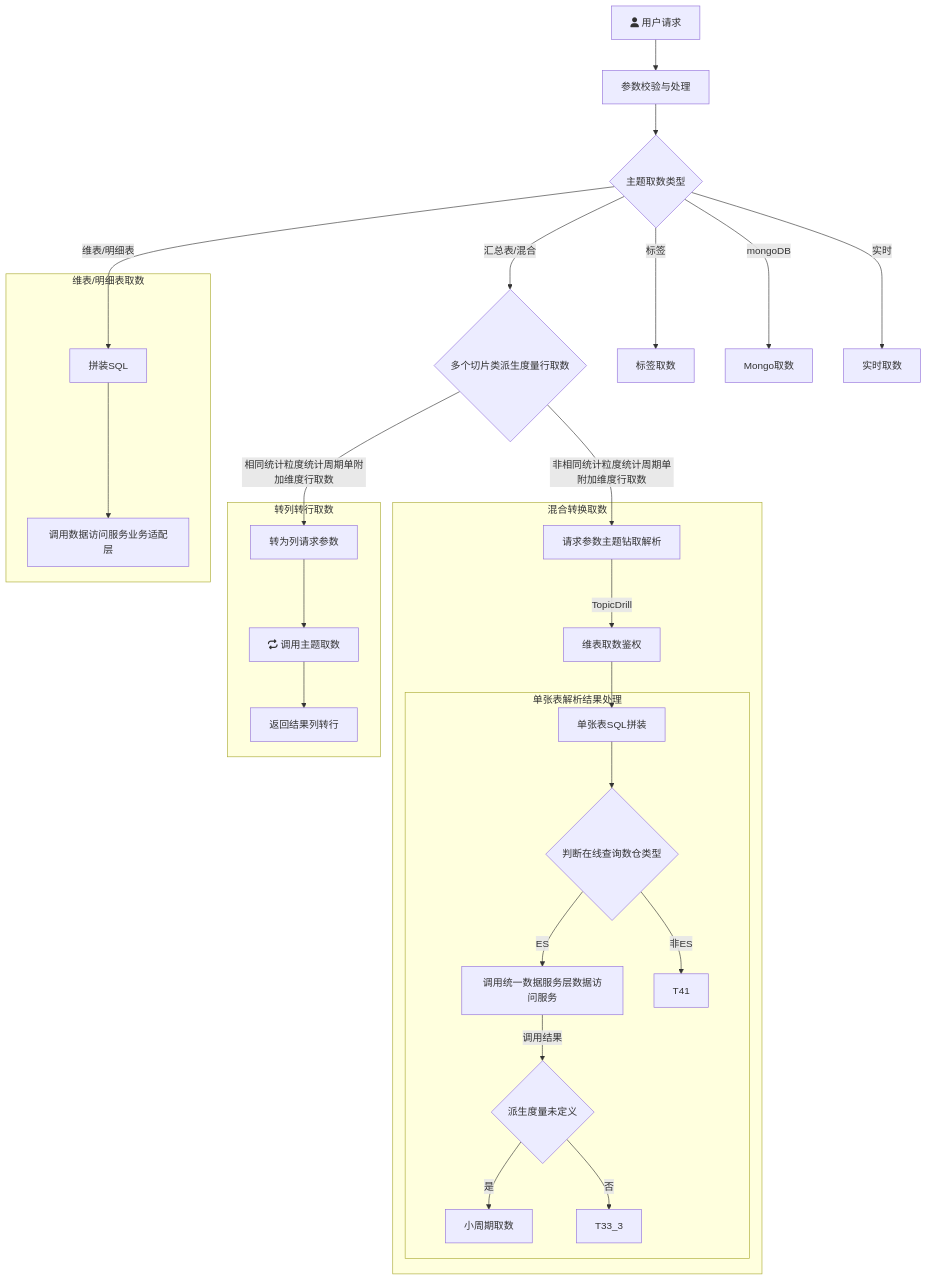
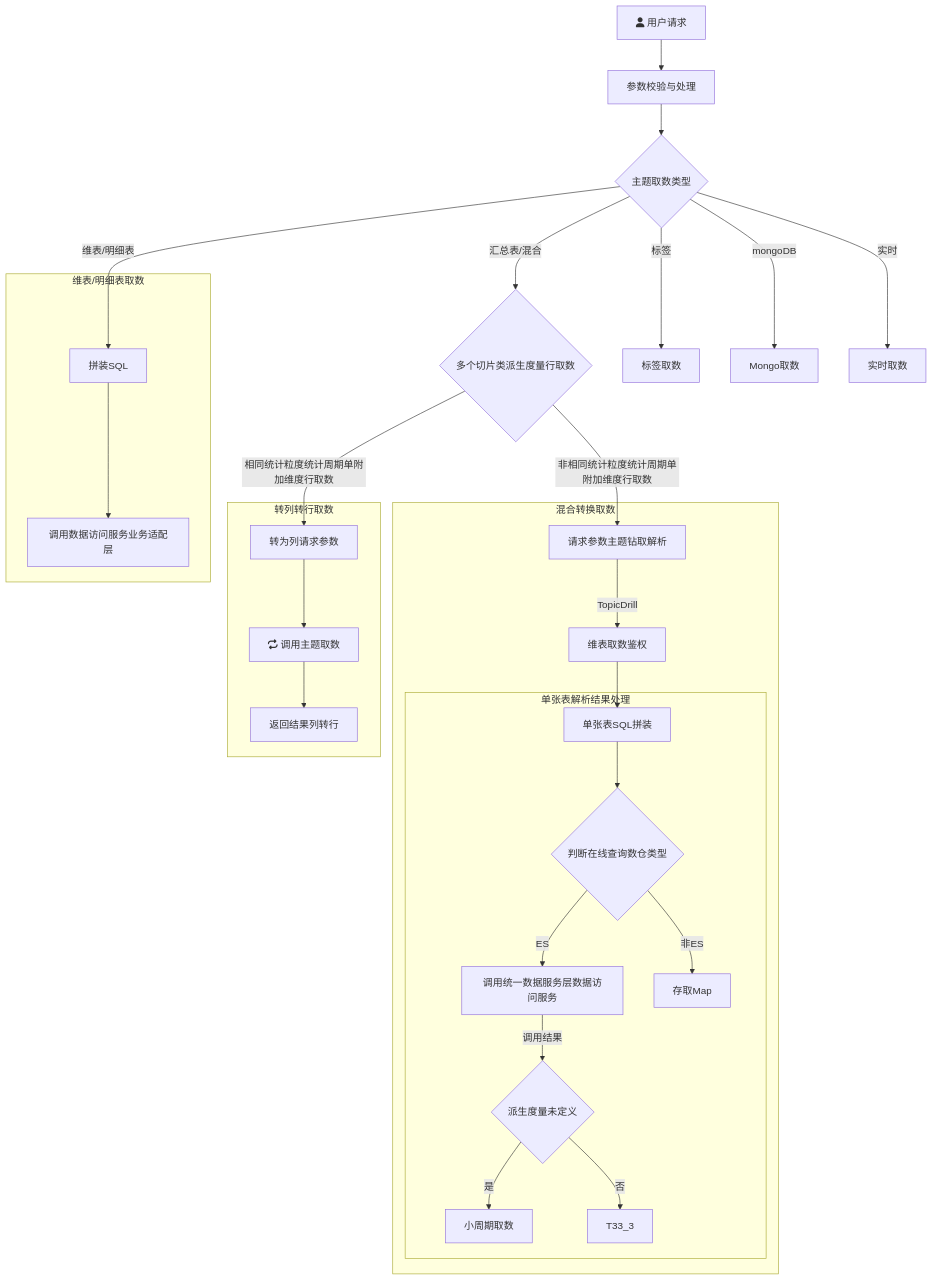
One commit to yanglosm/iodraw-files changed the diagram in all/未命名.md. Above: the diagram before and after it, drawn with Mermaid.

Commit message:
2024-11-29 19:03:28 update

````diff
--- a/all/未命名.md
+++ b/all/未命名.md
@@ -1,26 +1,26 @@
 ```mermaid
 flowchart TD
     A[fa:fa-user 用户请求] -->A1[参数校验与处理] --> B{主题取数类型}
     B -->|维表/明细表| D[拼装SQL]
     B -->|汇总表/混合| E{多个切片类派生度量行取数}
     B -->|标签| F[标签取数]
     B -->|mongoDB| G[Mongo取数]
     B -->|实时| H[实时取数]
     E -->|相同统计粒度统计周期单附加维度行取数| E1[转为列请求参数]
     E -->|非相同统计粒度统计周期单附加维度行取数| T1[请求参数主题钻取解析]
     subgraph 维表/明细表取数
     D-->D1[调用数据访问服务业务适配层]
     end
     subgraph 转列转行取数
     E1-->E11[fa:fa-repeat 调用主题取数]-->E12[返回结果列转行]
     end
     subgraph 混合转换取数
     T1-->|TopicDrill| T2[维表取数鉴权] --> T31[单张表SQL拼装]
         subgraph 单张表解析结果处理
         T31 --> T4{判断在线查询数仓类型}-->|ES|T32[调用统一数据服务层数据访问服务] --> |调用结果|T33{派生度量未定义}
         T33 --> |是|T33_1[小周期取数]
         T33 --> |否|T33_3
-        T4 --> |非ES|T41
+        T4 --> |非ES|T41[存取Map]
         end
     end
 ```
````
